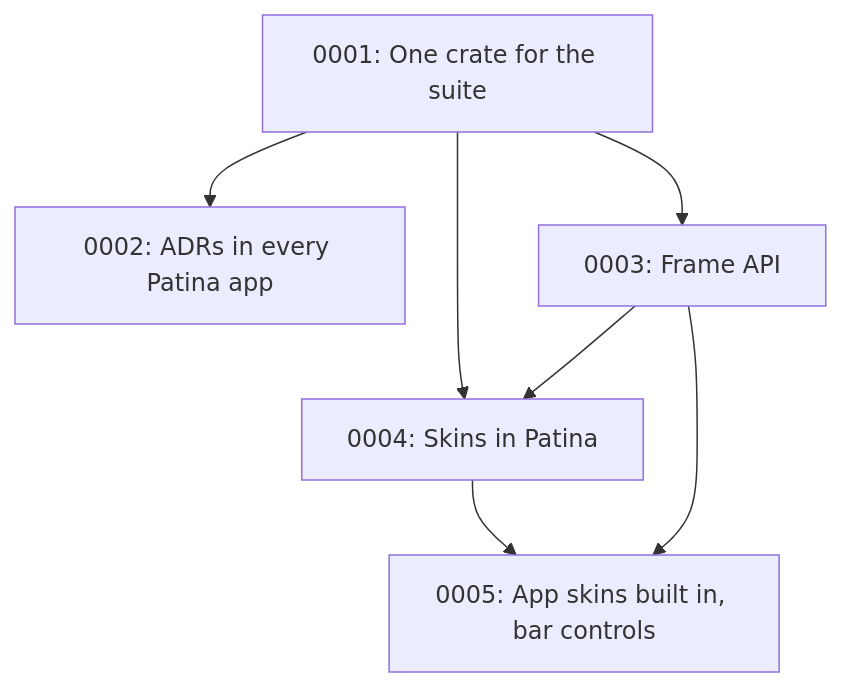
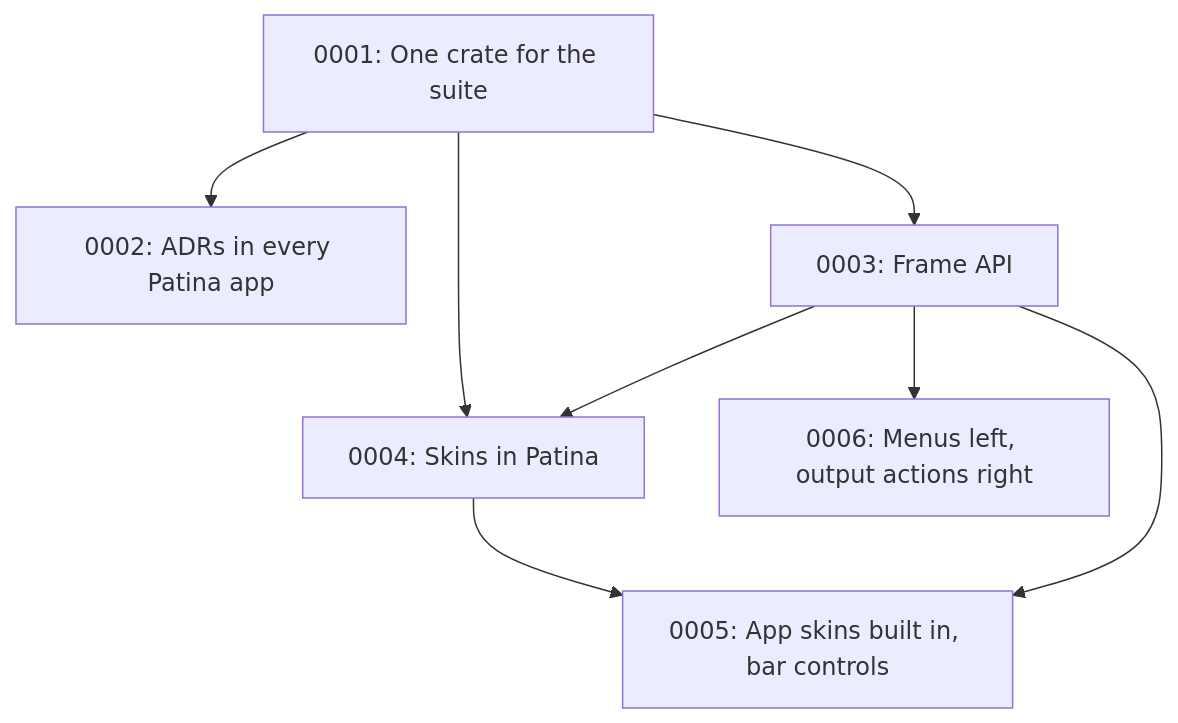
One commit to Sector-F-Labs/patina changed the diagram in docs/adr/README.md. Above: the diagram before and after it, drawn with Mermaid. The commit also changed other lines of this file and 2 other files, not shown here.

Commit message:
Design: word menus on the left, the app's output actions on the right (ADR-0006)

````diff
--- a/docs/adr/README.md
+++ b/docs/adr/README.md
@@ -53,9 +54,10 @@
 ```mermaid
 flowchart TD
     A[0001: One crate for the suite] --> B[0002: ADRs in every Patina app]
     A --> C[0003: Frame API]
     A --> D[0004: Skins in Patina]
     C --> D
     D --> E[0005: App skins built in, bar controls]
+    C --> F[0006: Menus left, output actions right]
     C --> E
 ```
````
